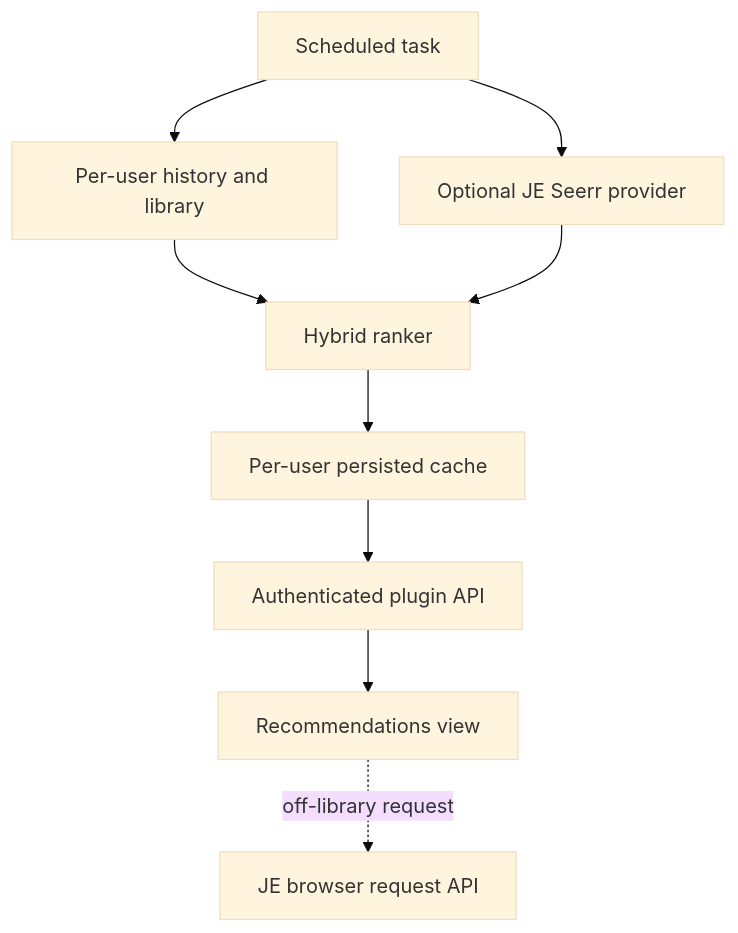
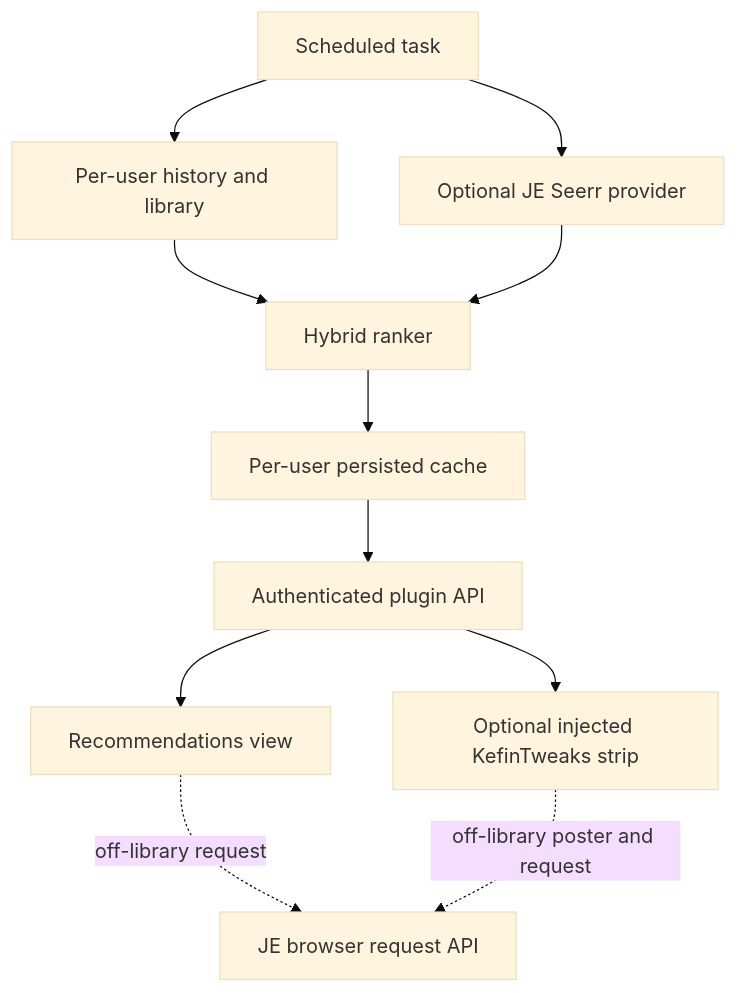
Before and after one commit to NoudH/Jellyfin-FYP: the diagram in .junie/plans/personalized-watch-recommendations.md, drawn with Mermaid (base theme). The commit also changed other lines of this file and 11 other files, not shown here.

Commit message:
feat: KefinTweaks Support

````diff
--- a/.junie/plans/personalized-watch-recommendations.md
+++ b/.junie/plans/personalized-watch-recommendations.md
@@ -43,11 +46,13 @@
 ```mermaid
 graph TD
   TASK[Scheduled task] --> HIST[Per-user history and library]
   TASK --> JE[Optional JE Seerr provider]
   HIST --> RANK[Hybrid ranker]
   JE --> RANK
   RANK --> CACHE[Per-user persisted cache]
   CACHE --> API[Authenticated plugin API]
   API --> UI[Recommendations view]
+  API --> KTW[Optional injected KefinTweaks strip]
   UI -. off-library request .-> JEUI[JE browser request API]
+  KTW -. off-library poster and request .-> JEUI
 ```
````
